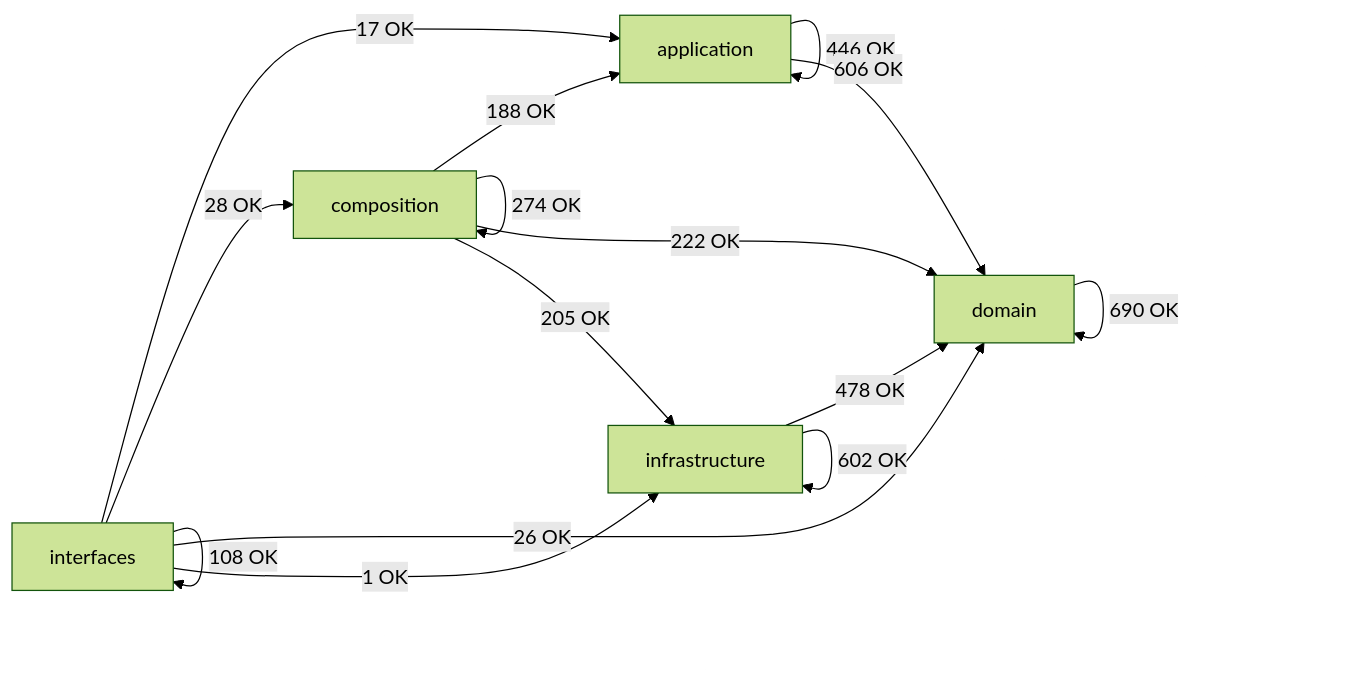
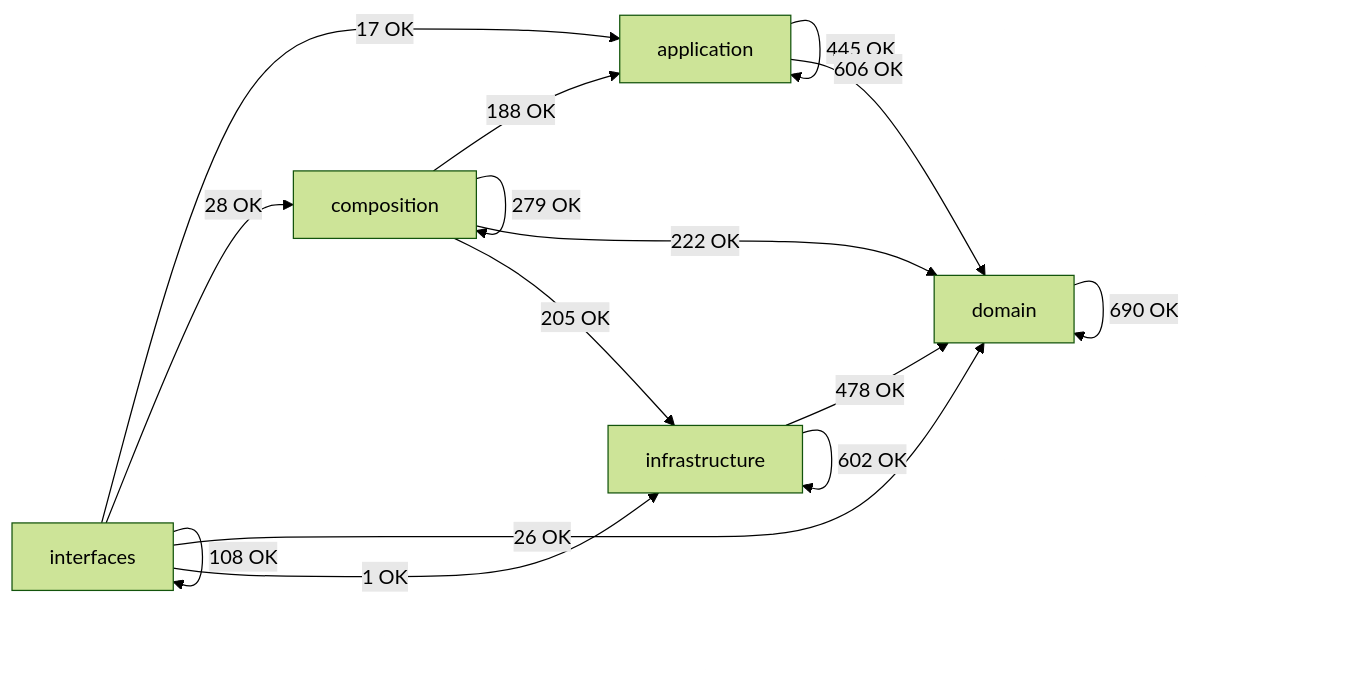
The diagram in docs/02-architecture/generated/module-dependency-map.md (SatoryKono/BioactivityDataAcquisition), drawn with Mermaid (forest theme) before and after one commit. The commit also changed other lines of this file and 45 other files, not shown here.

````diff
--- a/docs/02-architecture/generated/module-dependency-map.md
+++ b/docs/02-architecture/generated/module-dependency-map.md
@@ -16,22 +16,22 @@
 ```mermaid
 flowchart LR
     domain[domain]
     application[application]
     infrastructure[infrastructure]
     composition[composition]
     interfaces[interfaces]
-    application -->|446 OK| application
+    application -->|445 OK| application
     application -->|606 OK| domain
     composition -->|188 OK| application
-    composition -->|274 OK| composition
+    composition -->|279 OK| composition
     composition -->|222 OK| domain
     composition -->|205 OK| infrastructure
     domain -->|690 OK| domain
     infrastructure -->|478 OK| domain
     infrastructure -->|602 OK| infrastructure
     interfaces -->|17 OK| application
     interfaces -->|28 OK| composition
     interfaces -->|26 OK| domain
     interfaces -->|1 OK| infrastructure
     interfaces -->|108 OK| interfaces
 ```
````
